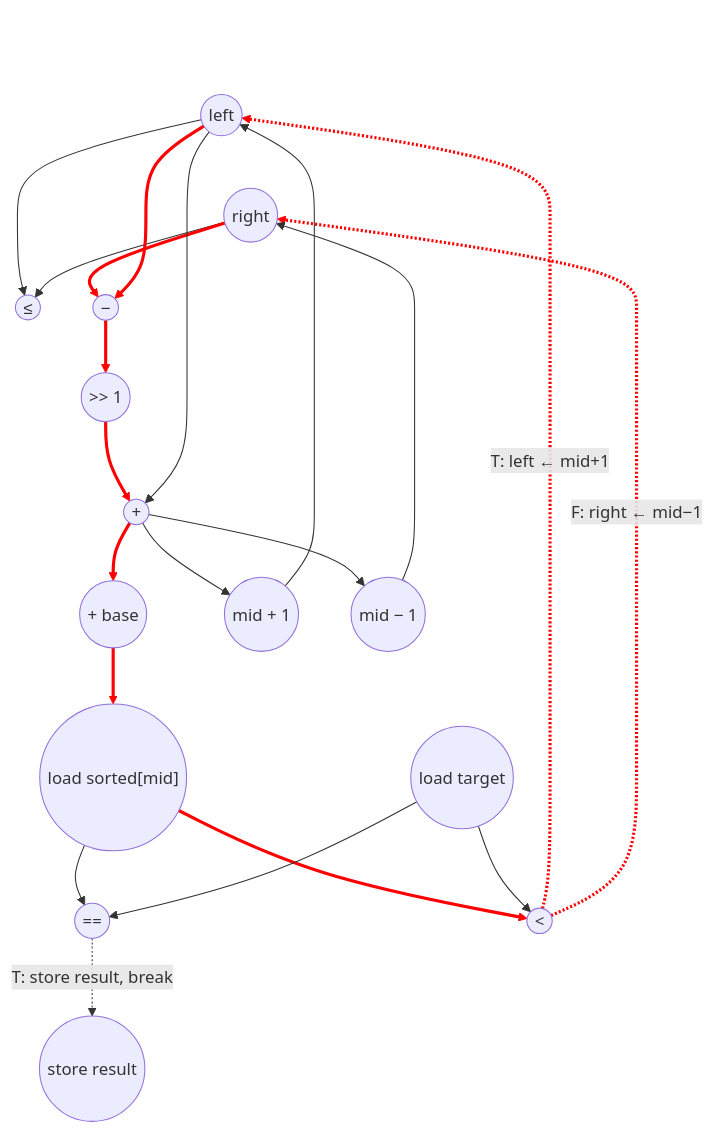
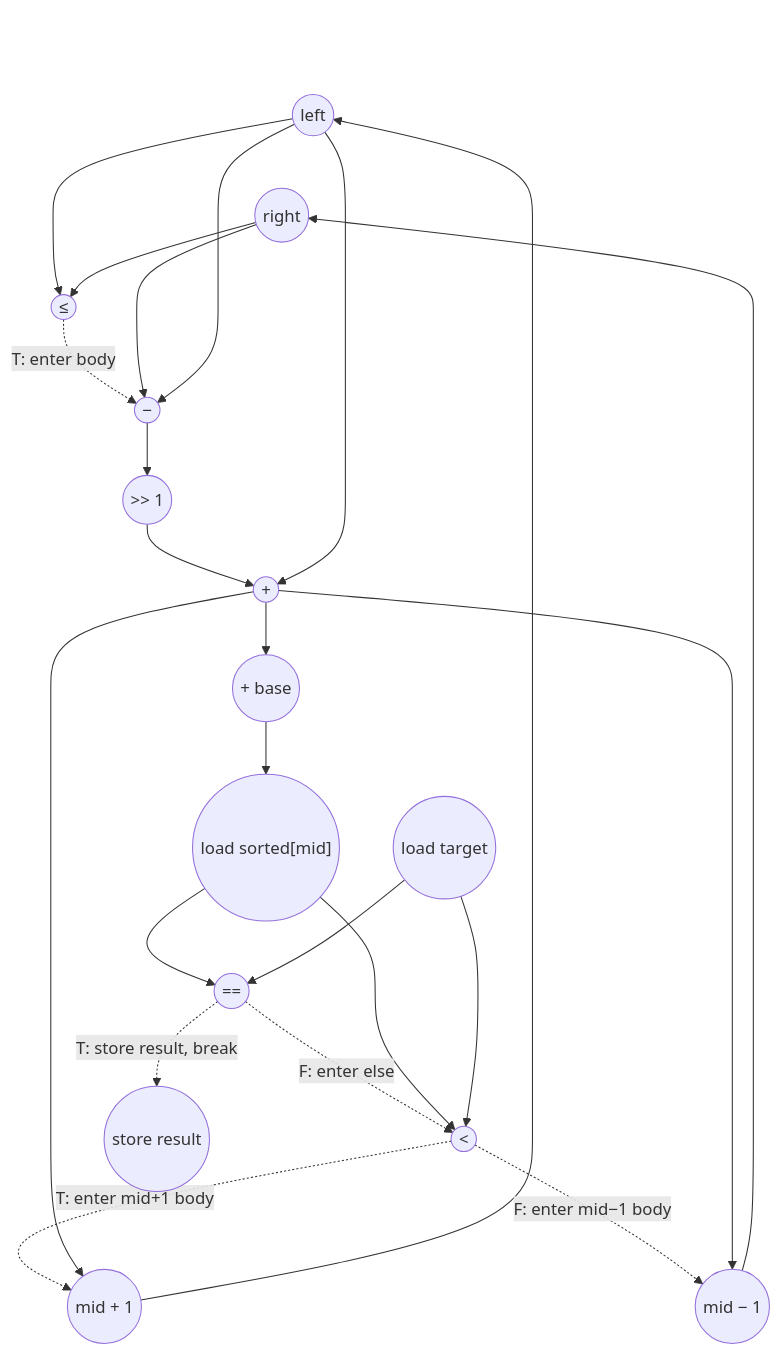
Before and after one commit to PolyArch/loom: the diagram in tests/app/binary_search/binary_search_eval.md, drawn with Mermaid. The commit also changed other lines of this file and 1 other file, not shown here.

````diff
--- a/tests/app/binary_search/binary_search_eval.md
+++ b/tests/app/binary_search/binary_search_eval.md
@@ -97,66 +109,67 @@
 ```mermaid
 graph TD
     %% Formatting
     top_anchor[" "]:::hidden
     classDef hidden fill:transparent,stroke:transparent,color:transparent
     top_anchor ~~~ left ~~~ right ~~~ target
 
     %% Carried-in scalars (per Convention 6, each named read is a 1-cycle load)
     left(("left"))
     right(("right"))
     target(("load target"))
 
     %% Body compute
     cmp_le((" ≤ "))
     sub((" − "))
     shift((" >> 1 "))
     add_mid((" + "))
     addr((" + base "))
     ld_sorted(("load sorted[mid]"))
     cmp_eq((" == "))
     cmp_lt((" < "))
     add_p1((" mid + 1 "))
     sub_m1((" mid − 1 "))
 
     %% Stores (carry-out)
     st_result(("store result"))
 
-    %% Bound check (parallel with sub at cycle 2)
+    %% Bound check (gates body entry under strict no-pred)
     left --> cmp_le
     right --> cmp_le
 
-    %% Compute mid
+    %% Compute mid (waits for cmp_le under strict)
+    cmp_le -. T: enter body .-> sub
     right --> sub
     left --> sub
     sub --> shift
     shift --> add_mid
     left --> add_mid
 
     %% Load sorted[mid]
     add_mid --> addr
     addr --> ld_sorted
 
-    %% Compare against target
+    %% Compare against target (cmp_lt is in the else of cmp_eq → waits for cmp_eq)
     ld_sorted --> cmp_eq
+    target --> cmp_eq
+    cmp_eq -. F: enter else .-> cmp_lt
     ld_sorted --> cmp_lt
-    target --> cmp_eq
     target --> cmp_lt
 
-    %% Update arithmetic — fires in parallel with cmps (only needs mid)
+    %% Update arithmetic — waits for cmp_lt under strict (inside else-if body)
+    cmp_lt -. T: enter mid+1 body .-> add_p1
+    cmp_lt -. F: enter mid−1 body .-> sub_m1
     add_mid --> add_p1
     add_mid --> sub_m1
 
     %% Break path
     cmp_eq -. T: store result, break .-> st_result
 
-    %% Continue path (cmp_lt selects which scalar to update)
-    cmp_lt -. T: left ← mid+1 .-> left
-    cmp_lt -. F: right ← mid−1 .-> right
+    %% Continue path (the taken arm's store closes the carry)
     add_p1 --> left
     sub_m1 --> right
 
-    %% Critical path (8-cycle body): load → sub → shift → add → addr → load → cmp → store
-    %% Edges: left/right→sub (5,6), sub→shift (7), shift→add_mid (8), add_mid→addr (10),
-    %% addr→ld_sorted (11), ld_sorted→cmp_lt (13), cmp_lt→left store-gate (19)
-    linkStyle 5,6,7,8,10,11,13,19,20 stroke:#ff0000,stroke-width:3px;
+    %% Critical path (11-cycle body): right → cmp_le → [gate] → sub → shift → add_mid → addr → ld_sorted → cmp_eq → [gate] → cmp_lt → [gate] → add_p1 → left
+    %% Highlights the dataflow chain plus the three strict no-pred compare→body gates (5, 15, 18)
+    %% linkStyle 4,5,8,9,11,12,13,15,18,23 stroke:#ff0000,stroke-width:3px;
 ```
````
